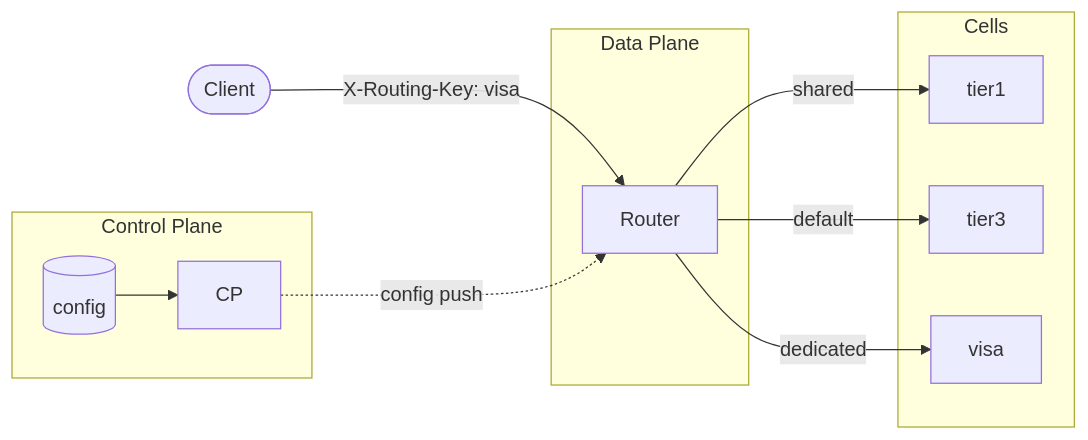
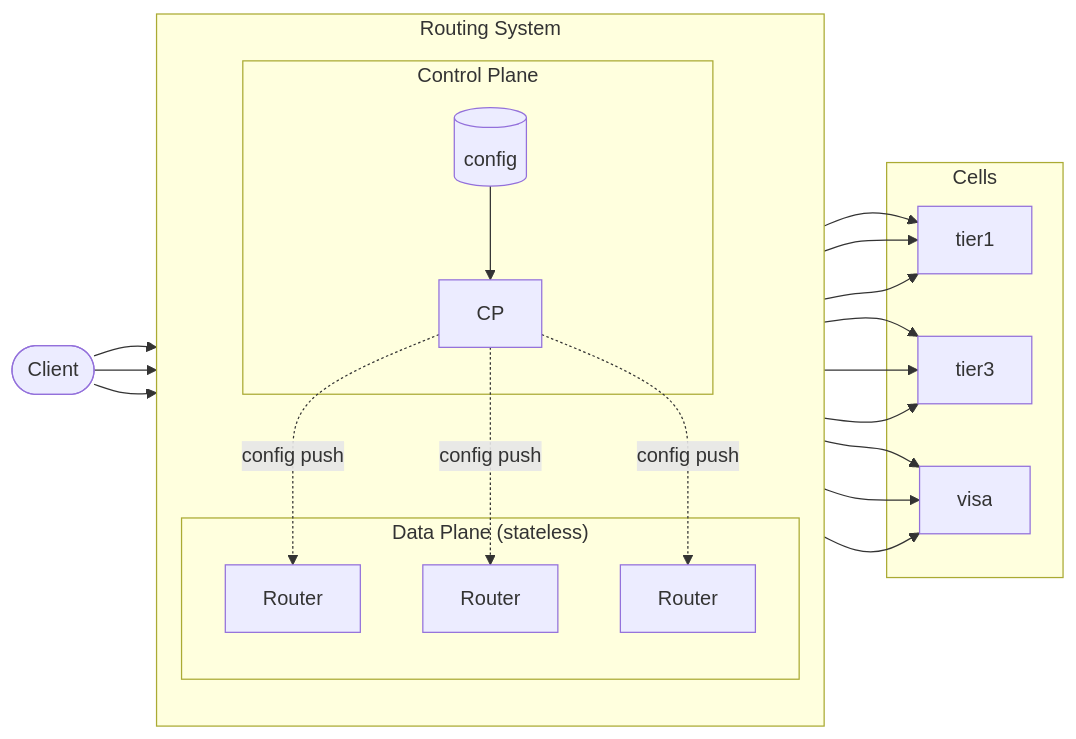
Before and after one commit to gvquiroz/cell-routing-from-scratch: the diagram in README.md, drawn with Mermaid.

Commit message:
improve diagram

````diff
--- a/README.md
+++ b/README.md
@@ -3,22 +3,28 @@
 ```mermaid
 flowchart LR
-    subgraph cp["Control Plane"]
-        Config[(config)] --> CP[CP]
-    end
+    Client([Client])
     
-    subgraph dp["Data Plane"]
-        Router[Router]
+    subgraph system["Routing System"]
+        direction TB
+        subgraph cp["Control Plane"]
+            Config[(config)] --> CP[CP]
+        end
+        
+        subgraph dp["Data Plane (stateless)"]
+            R1[Router]
+            R2[Router]
+            R3[Router]
+        end
+        
+        CP -.->|"config push"| R1 & R2 & R3
     end
     
     subgraph cells["Cells"]
         T1[tier1]
         T3[tier3]
         Visa[visa]
     end
     
-    Client([Client]) -->|"X-Routing-Key: visa"| Router
-    CP -.->|"config push"| Router
-    Router -->|dedicated| Visa
-    Router -->|shared| T1
-    Router -->|default| T3
+    Client --> R1 & R2 & R3
+    R1 & R2 & R3 --> T1 & T3 & Visa
 ```
````
